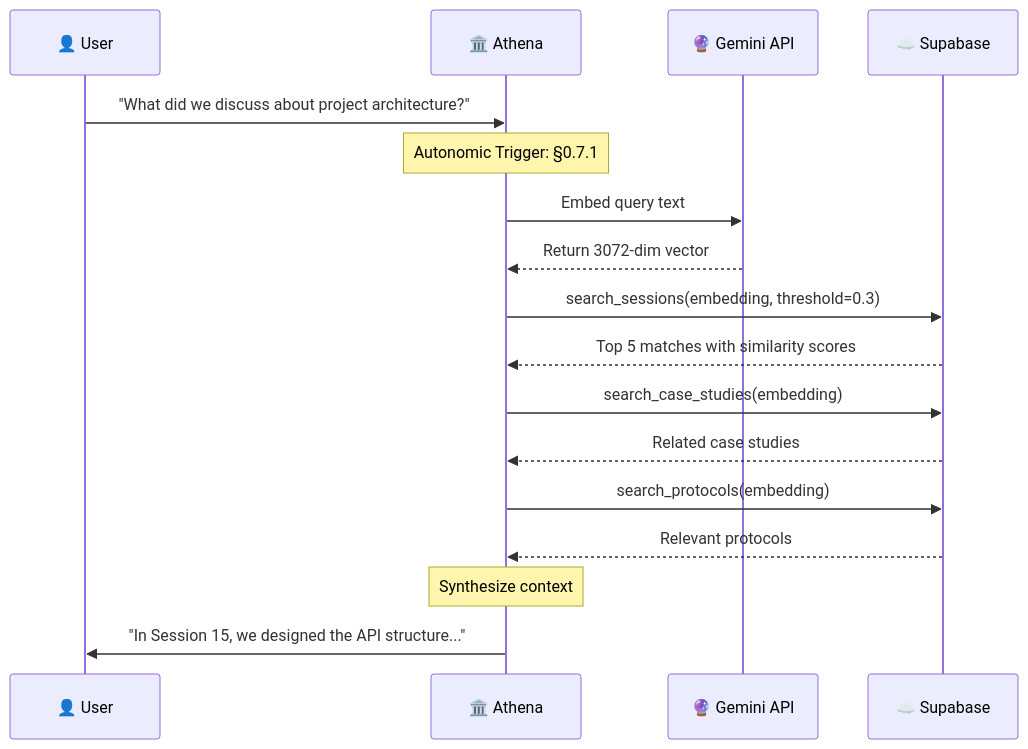
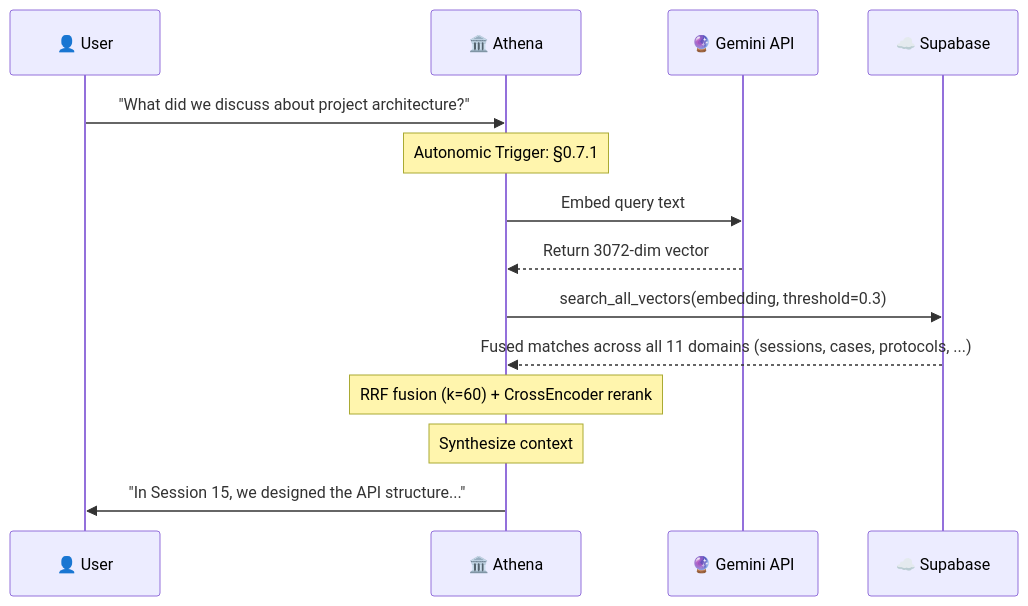
The second of 3 diagrams in docs/VECTORRAG.md (agent-memory-atlas-archive/winstonkoh87--Athena-Public), drawn with Mermaid before and after one commit. The commit also changed other lines of this file, not shown here.

Commit message:
docs(vectorrag): reflect unified search_all_vectors RPC + fix stale refs
- Sequence diagram: replace per-table search_sessions/case_studies/protocols
  calls with the single unified search_all_vectors RPC the engine actually uses.
- Add a note clarifying the per-table SQL is the cosine pattern each of the 11
  domains follows; the engine calls the unified fused RPC.
- Fix retired TAG_INDEX reference and a broken docs/ sibling link.

````diff
--- a/docs/VECTORRAG.md
+++ b/docs/VECTORRAG.md
@@ -119,27 +119,22 @@
 ```mermaid
 sequenceDiagram
     participant U as 👤 User
     participant A as 🏛️ Athena
     participant G as 🔮 Gemini API
     participant S as ☁️ Supabase
     
     U->>A: "What did we discuss about project architecture?"
     
     Note over A: Autonomic Trigger: §0.7.1
     
     A->>G: Embed query text
     G-->>A: Return 3072-dim vector
     
-    A->>S: search_sessions(embedding, threshold=0.3)
-    S-->>A: Top 5 matches with similarity scores
+    A->>S: search_all_vectors(embedding, threshold=0.3)
+    S-->>A: Fused matches across all 11 domains (sessions, cases, protocols, ...)
     
-    A->>S: search_case_studies(embedding)
-    S-->>A: Related case studies
-    
-    A->>S: search_protocols(embedding)
-    S-->>A: Relevant protocols
-    
+    Note over A: RRF fusion (k=60) + CrossEncoder rerank
     Note over A: Synthesize context
     
     A->>U: "In Session 15, we designed the API structure..."
 ```
````
